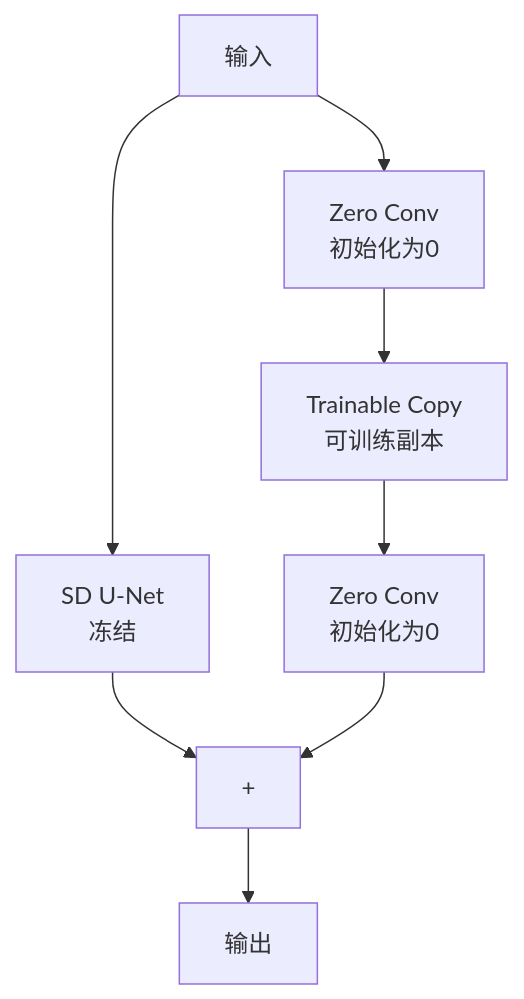
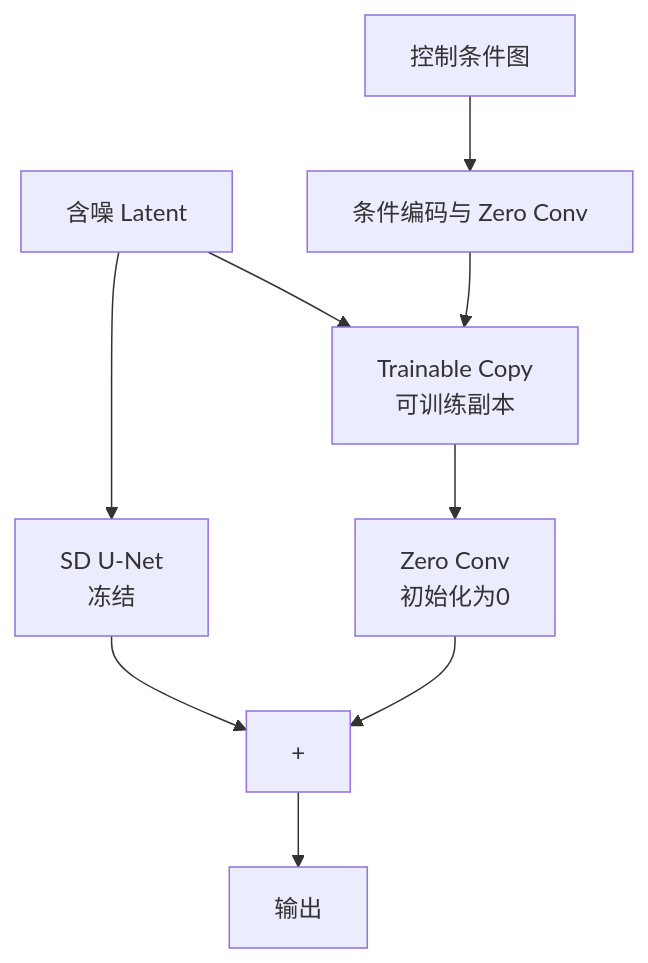
The fifth of 9 diagrams in docs/llms/multimodal/diffusion.md (likebeans/notes-on-llms), drawn with Mermaid before and after one commit. The commit also changed other lines of this file and 175 other files, not shown here.

````diff
--- a/docs/llms/multimodal/diffusion.md
+++ b/docs/llms/multimodal/diffusion.md
@@ -154,10 +145,11 @@
 ```mermaid
 flowchart TB
-    X[输入] --> SD[SD U-Net\n冻结]
-    X --> ZC1[Zero Conv\n初始化为0]
-    ZC1 --> COPY[Trainable Copy\n可训练副本]
+    X[含噪 Latent] --> SD[SD U-Net\n冻结]
+    H[控制条件图] --> ZC1[条件编码与 Zero Conv]
+    X --> COPY[Trainable Copy\n可训练副本]
+    ZC1 --> COPY
     COPY --> ZC2[Zero Conv\n初始化为0]
     SD --> ADD[+]
     ZC2 --> ADD
     ADD --> OUT[输出]
 ```
````
